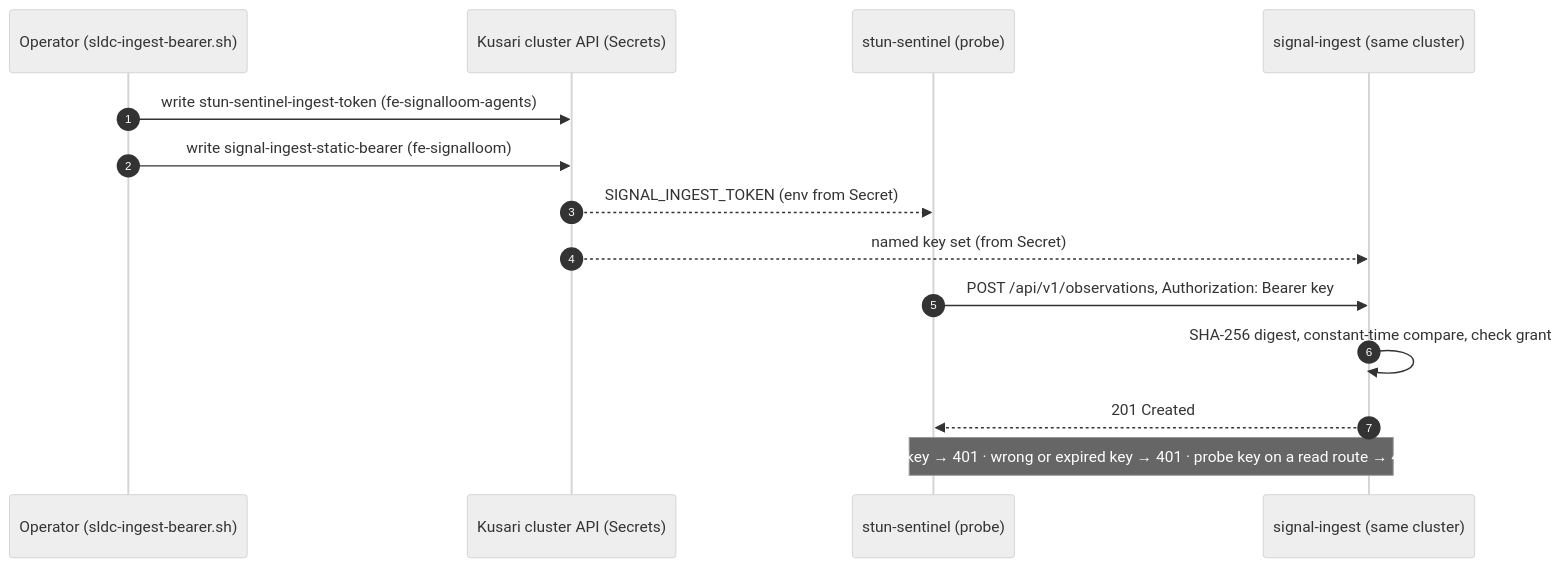
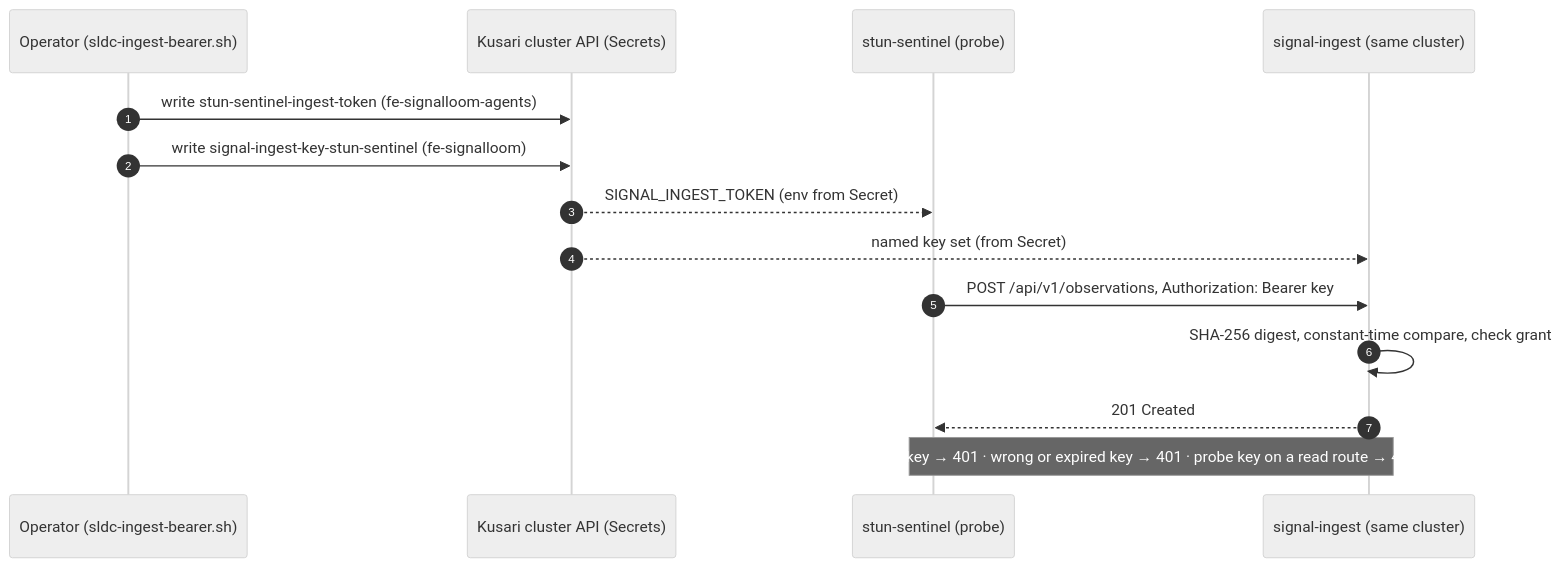
The diagram in docs/Proposal — Signal Loom Spireless Token-Based Agent Identity Migration (2026-Q4).md (sublimino/architecture-as-code), drawn with Mermaid (neutral theme) before and after one commit. The commit also changed other lines of this file, not shown here.

````diff
--- a/docs/Proposal — Signal Loom Spireless Token-Based Agent Identity Migration (2026-Q4).md
+++ b/docs/Proposal — Signal Loom Spireless Token-Based Agent Identity Migration (2026-Q4).md
@@ -267,17 +272,17 @@
 ```mermaid
 sequenceDiagram
   autonumber
   participant Op as Operator (sldc-ingest-bearer.sh)
   participant K8s as Kusari cluster API (Secrets)
   participant Probe as stun-sentinel (probe)
   participant Ingest as signal-ingest (same cluster)
 
   Op->>K8s: write stun-sentinel-ingest-token (fe-signalloom-agents)
-  Op->>K8s: write signal-ingest-static-bearer (fe-signalloom)
+  Op->>K8s: write signal-ingest-key-stun-sentinel (fe-signalloom)
   K8s-->>Probe: SIGNAL_INGEST_TOKEN (env from Secret)
   K8s-->>Ingest: named key set (from Secret)
   Probe->>Ingest: POST /api/v1/observations, Authorization: Bearer key
   Ingest->>Ingest: SHA-256 digest, constant-time compare, check grant
   Ingest-->>Probe: 201 Created
   Note over Probe,Ingest: no key → 401 · wrong or expired key → 401 · probe key on a read route → 403
 ```
````
